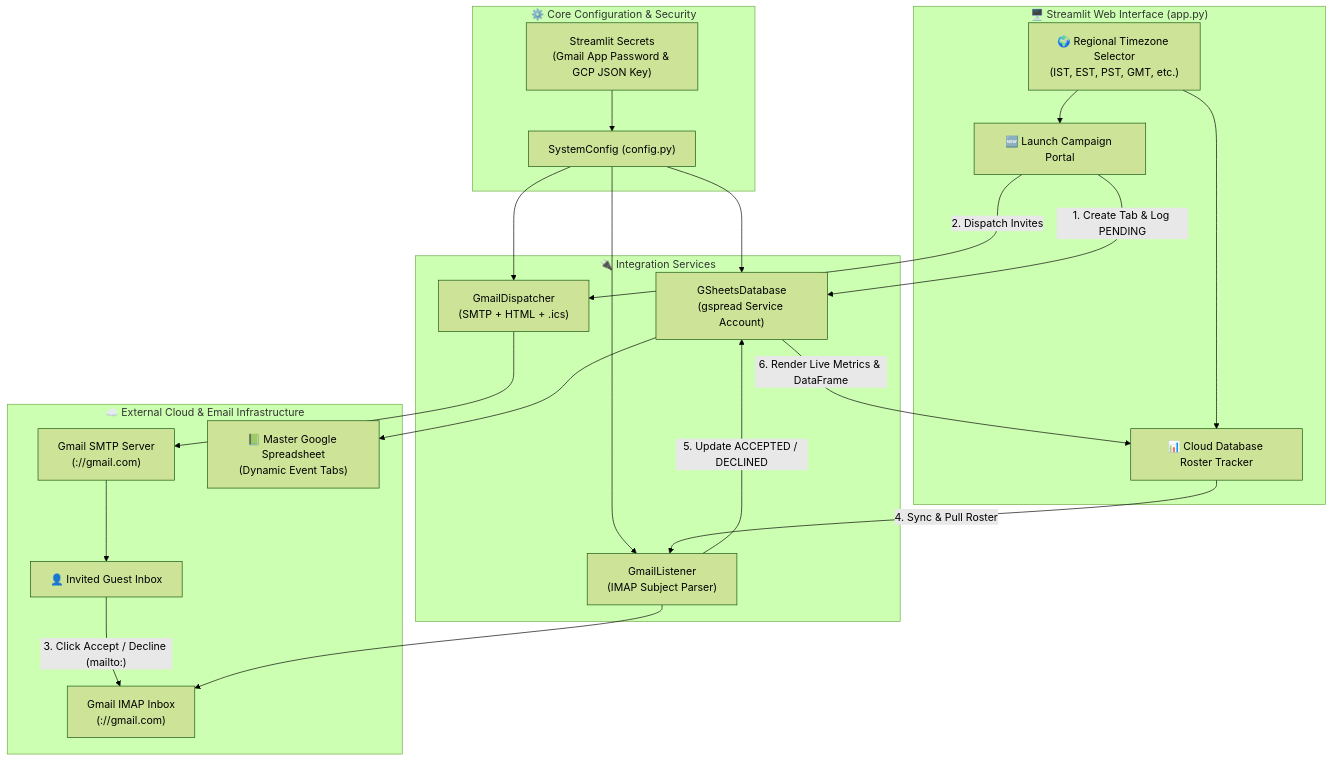
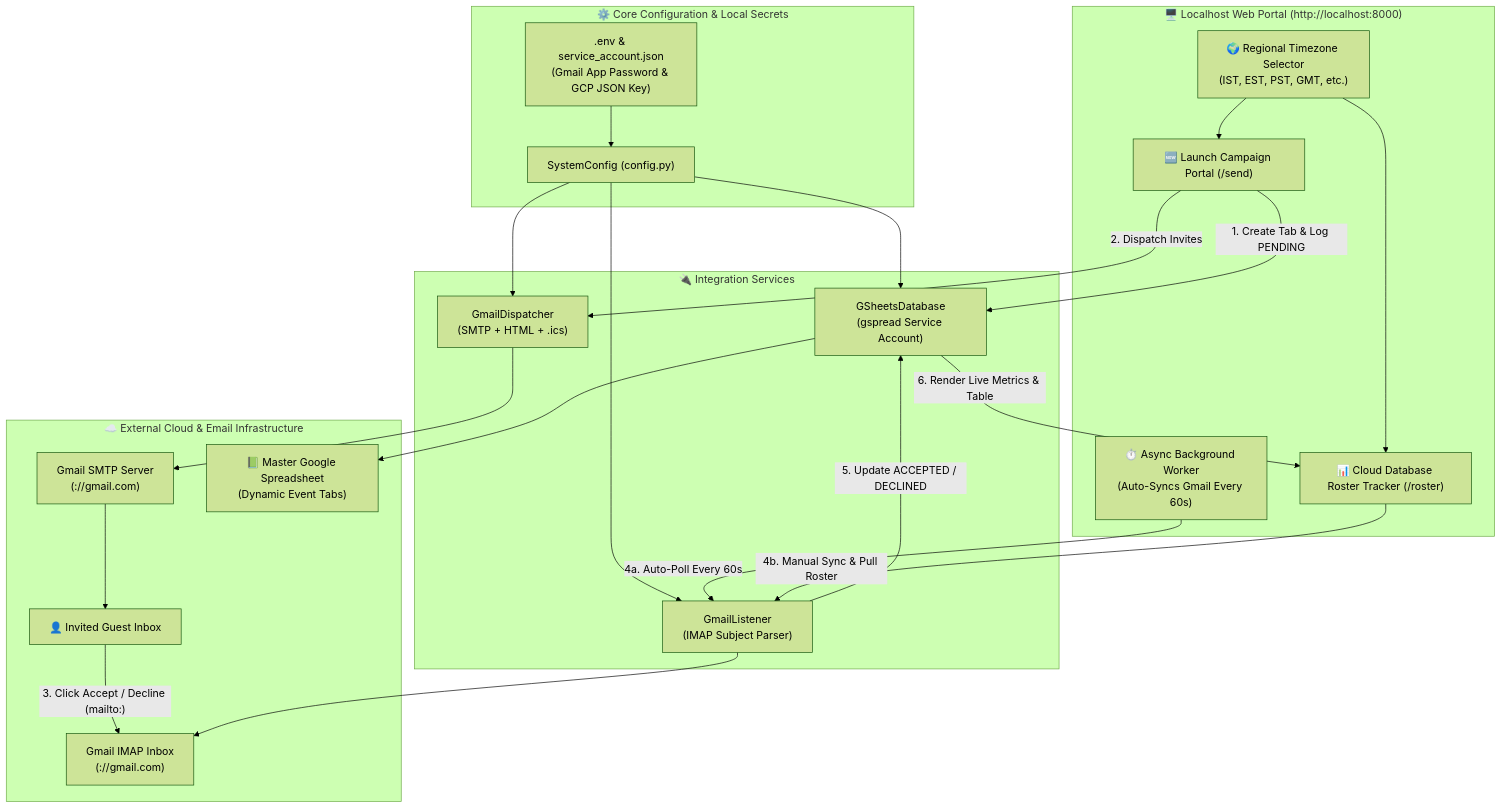
The first of 2 diagrams in README.md (SRINIVASTA/event-manager), drawn with Mermaid (forest theme) before and after one commit. The commit also changed other lines of this file, not shown here.

````diff
--- a/README.md
+++ b/README.md
@@ -11,41 +11,43 @@
 ```mermaid
 flowchart TD
-    subgraph UI["🖥️ Streamlit Web Interface (app.py)"]
+    subgraph UI["🖥️ Localhost Web Portal (http://localhost:8000)"]
         TZ["🌍 Regional Timezone Selector\n(IST, EST, PST, GMT, etc.)"]
-        T1["🆕 Launch Campaign Portal"]
-        T2["📊 Cloud Database Roster Tracker"]
+        T1["🆕 Launch Campaign Portal (/send)"]
+        T2["📊 Cloud Database Roster Tracker (/roster)"]
+        BG["⏱️ Async Background Worker\n(Auto-Syncs Gmail Every 60s)"]
     end
 
-    subgraph CORE["⚙️ Core Configuration & Security"]
+    subgraph CORE["⚙️ Core Configuration & Local Secrets"]
         CFG["SystemConfig (config.py)"]
-        SEC["Streamlit Secrets\n(Gmail App Password & GCP JSON Key)"]
+        ENV[".env & service_account.json\n(Gmail App Password & GCP JSON Key)"]
     end
 
     subgraph SERVICES["🔌 Integration Services"]
         DISP["GmailDispatcher\n(SMTP + HTML + .ics)"]
         LIST["GmailListener\n(IMAP Subject Parser)"]
         DB["GSheetsDatabase\n(gspread Service Account)"]
     end
 
     subgraph EXTERNAL["☁️ External Cloud & Email Infrastructure"]
         SMTP["Gmail SMTP Server\n(://gmail.com)"]
         IMAP["Gmail IMAP Inbox\n(://gmail.com)"]
         GUEST["👤 Invited Guest Inbox"]
         GSHEET["📗 Master Google Spreadsheet\n(Dynamic Event Tabs)"]
     end
 
-    SEC --> CFG
+    ENV --> CFG
     TZ --> T1 & T2
     CFG --> DISP & LIST & DB
 
     T1 -->|"1. Create Tab & Log PENDING"| DB
     T1 -->|"2. Dispatch Invites"| DISP
     DB --> GSHEET
     DISP --> SMTP --> GUEST
 
     GUEST -->|"3. Click Accept / Decline (mailto:)"| IMAP
-    T2 -->|"4. Sync & Pull Roster"| LIST
+    BG -->|"4a. Auto-Poll Every 60s"| LIST
+    T2 -->|"4b. Manual Sync & Pull Roster"| LIST
     LIST --> IMAP
     LIST -->|"5. Update ACCEPTED / DECLINED"| DB
-    DB -->|"6. Render Live Metrics & DataFrame"| T2
+    DB -->|"6. Render Live Metrics & Table"| T2
 ```
````
